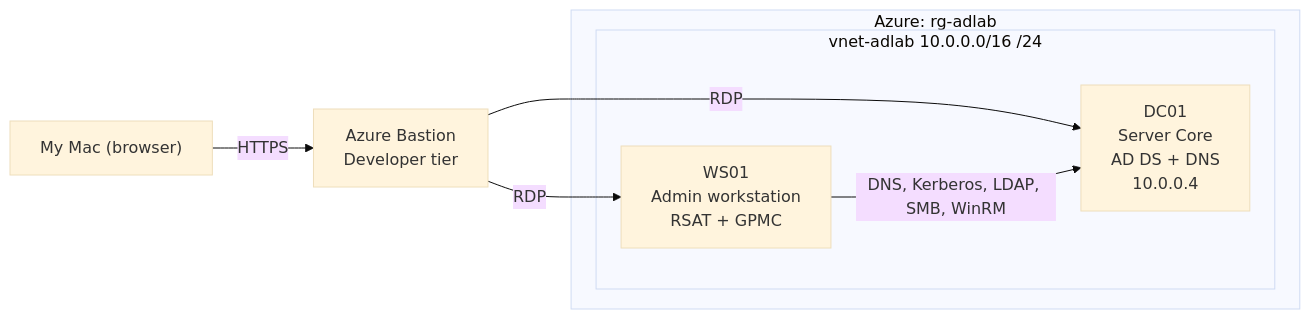
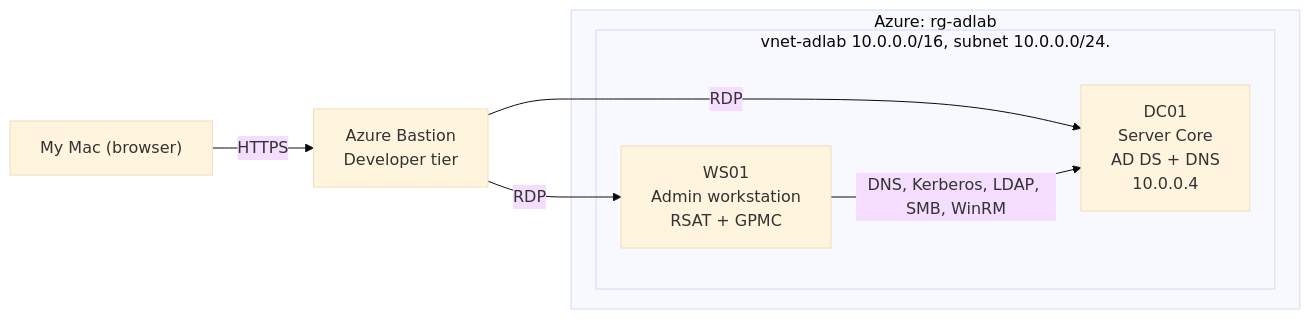
The diagram in README.md (michaeladeboye/azure-ad-lab), drawn with Mermaid (base theme) before and after one commit. The commit also changed other lines of this file, not shown here.

````diff
--- a/README.md
+++ b/README.md
@@ -8,15 +8,15 @@
 ```mermaid
 flowchart LR
     mac["My Mac (browser)"] -->|HTTPS| bastion["Azure Bastion<br/>Developer tier"]
 
     subgraph azure["Azure: rg-adlab"]
-        subgraph vnet["vnet-adlab 10.0.0.0/16 /24"]
+        subgraph vnet["vnet-adlab 10.0.0.0/16, subnet 10.0.0.0/24."]
             dc["DC01<br/>Server Core<br/>AD DS + DNS<br/>10.0.0.4"]
             ws["WS01<br/>Admin workstation<br/>RSAT + GPMC"]
         end
     end
 
     bastion -->|RDP| dc
     bastion -->|RDP| ws
     ws -->|DNS, Kerberos, LDAP, SMB, WinRM| dc
 ```
````
